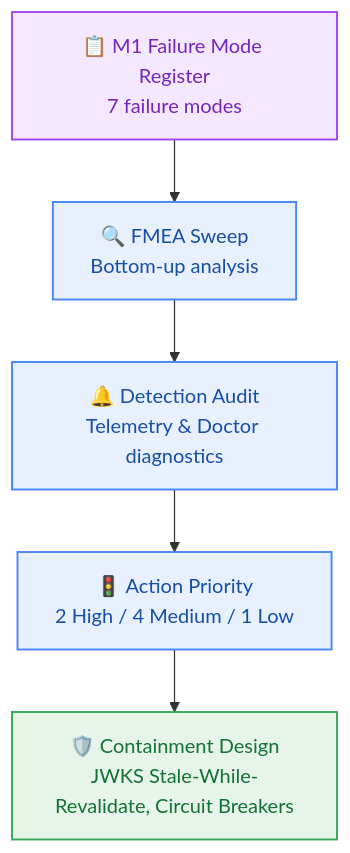
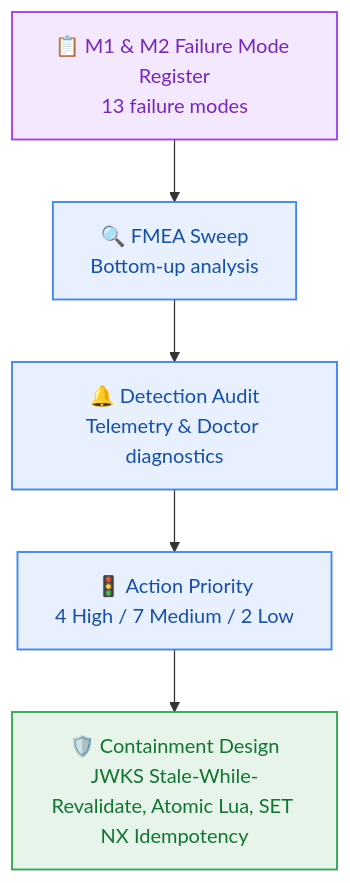
Before and after one commit to Glitch-guy0/Contextual: the diagram in _documentation/planning/registers/failure-mode-register.md, drawn with Mermaid. The commit also changed other lines of this file and 12 other files, not shown here.

First line of the commit message:
docs(m2): seal Milestone M2 architecture plan, contracts, and CP3 handoff

````diff
--- a/_documentation/planning/registers/failure-mode-register.md
+++ b/_documentation/planning/registers/failure-mode-register.md
@@ -18,15 +18,15 @@
 ```mermaid
 graph TD
-  REG["📋 M1 Failure Mode Register<br/>7 failure modes"] --> FMEA["🔍 FMEA Sweep<br/>Bottom-up analysis"]
+  REG["📋 M1 & M2 Failure Mode Register<br/>13 failure modes"] --> FMEA["🔍 FMEA Sweep<br/>Bottom-up analysis"]
   FMEA --> DET["🔔 Detection Audit<br/>Telemetry & Doctor diagnostics"]
-  DET --> AP["🚦 Action Priority<br/>2 High / 4 Medium / 1 Low"]
-  AP --> CONTAIN["🛡️ Containment Design<br/>JWKS Stale-While-Revalidate, Circuit Breakers"]
+  DET --> AP["🚦 Action Priority<br/>4 High / 7 Medium / 2 Low"]
+  AP --> CONTAIN["🛡️ Containment Design<br/>JWKS Stale-While-Revalidate, Atomic Lua, SET NX Idempotency"]
 
   classDef purple fill:#F3E8FD,stroke:#A142F4,stroke-width:1.5px,color:#7627BB;
   classDef blue fill:#E8F0FE,stroke:#4285F4,stroke-width:1.5px,color:#174EA6;
   classDef green fill:#E6F4EA,stroke:#34A853,stroke-width:1.5px,color:#137333;
 
   class REG purple;
   class FMEA,DET,AP blue;
   class CONTAIN green;
 ```
````
